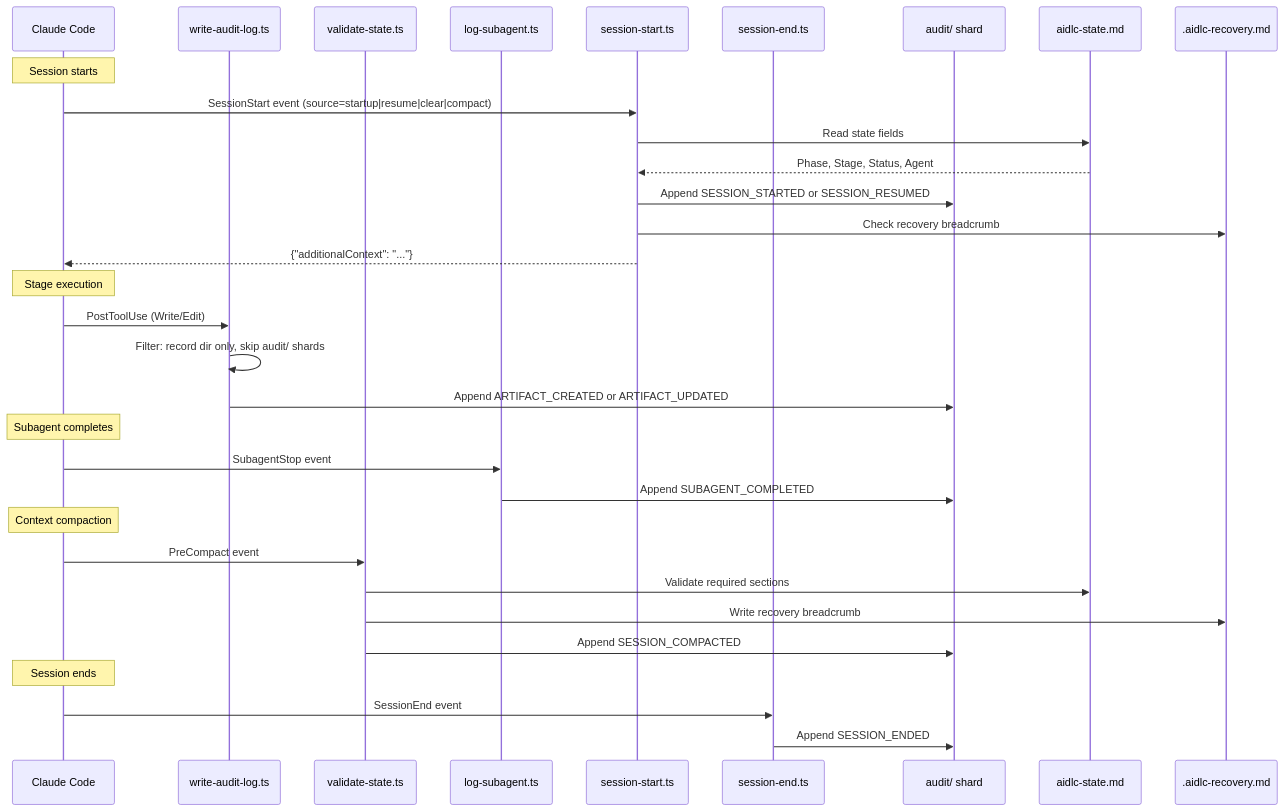
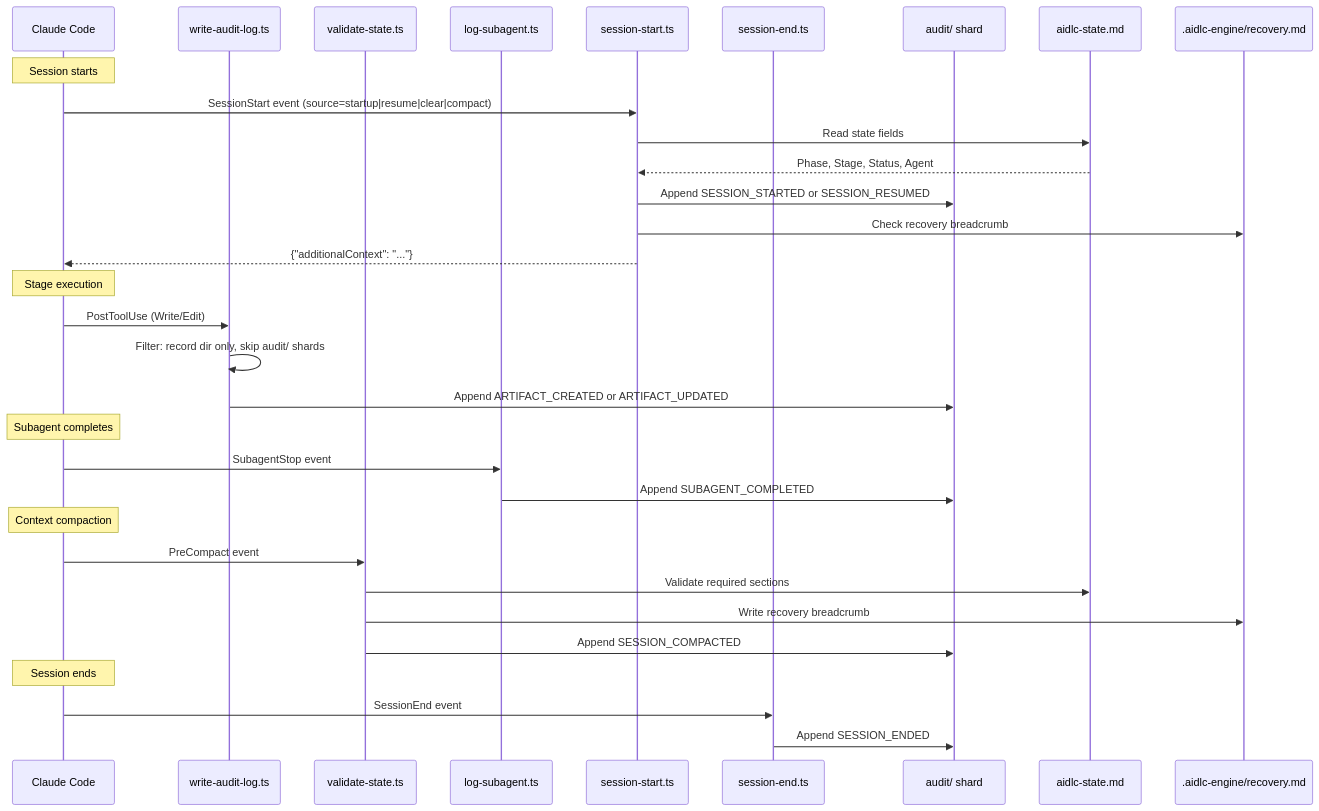
Before and after one commit to otomatty/aidlc-guide: the diagram in docs/reference/en/06-hooks-and-tools.md, drawn with Mermaid. The commit also changed other lines of this file and 450 other files, not shown here.

````diff
--- a/docs/reference/en/06-hooks-and-tools.md
+++ b/docs/reference/en/06-hooks-and-tools.md
@@ -141,39 +141,39 @@
 ```mermaid
 sequenceDiagram
     participant CC as Claude Code
     participant AL as write-audit-log.ts
     participant VS as validate-state.ts
     participant LS as log-subagent.ts
     participant SS as session-start.ts
     participant SE as session-end.ts
     participant AF as audit/ shard
     participant SF as aidlc-state.md
-    participant RF as .aidlc-recovery.md
+    participant RF as .aidlc-engine/recovery.md
 
     Note over CC: Session starts
     CC->>SS: SessionStart event (source=startup|resume|clear|compact)
     SS->>SF: Read state fields
     SF-->>SS: Phase, Stage, Status, Agent
     SS->>AF: Append SESSION_STARTED or SESSION_RESUMED
     SS->>RF: Check recovery breadcrumb
     SS-->>CC: {"additionalContext": "..."}
 
     Note over CC: Stage execution
     CC->>AL: PostToolUse (Write/Edit)
     AL->>AL: Filter: record dir only, skip audit/ shards
     AL->>AF: Append ARTIFACT_CREATED or ARTIFACT_UPDATED
 
     Note over CC: Subagent completes
     CC->>LS: SubagentStop event
     LS->>AF: Append SUBAGENT_COMPLETED
 
     Note over CC: Context compaction
     CC->>VS: PreCompact event
     VS->>SF: Validate required sections
     VS->>RF: Write recovery breadcrumb
     VS->>AF: Append SESSION_COMPACTED
 
     Note over CC: Session ends
     CC->>SE: SessionEnd event
     SE->>AF: Append SESSION_ENDED
 ```
````
